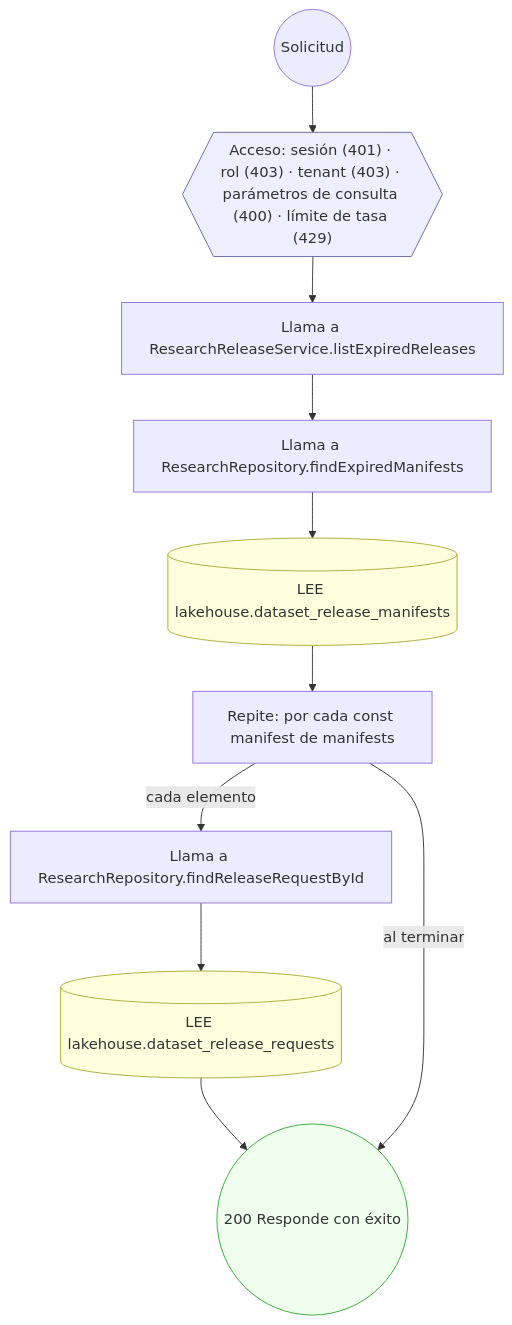
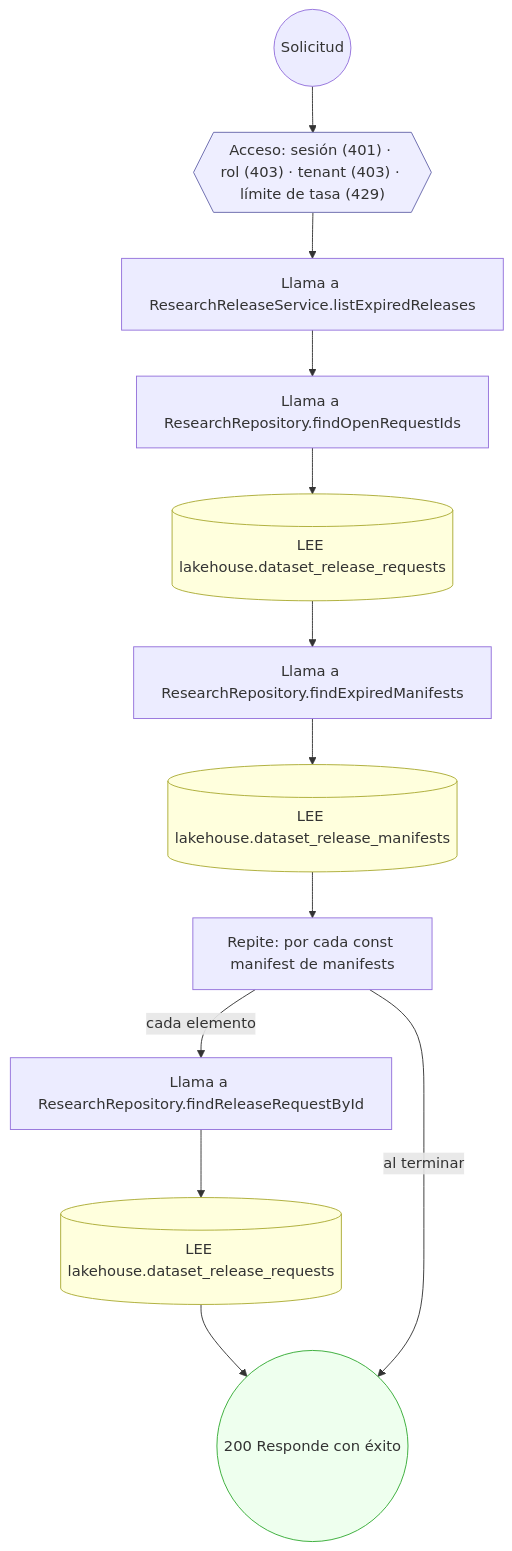
Before and after one commit to mdavila-2001/mantra-core-health-api: diagram 12 of 13 in docs/inventario/flujos/lakehouse.md, drawn with Mermaid. The commit also changed other lines of this file and 438 other files, not shown here.

````diff
--- a/docs/inventario/flujos/lakehouse.md
+++ b/docs/inventario/flujos/lakehouse.md
@@ -1363,27 +1332,31 @@
 ```mermaid
 flowchart TD
   n1(("Solicitud")):::inicio
-  n2{{"Acceso: sesión (401) · rol (403) · tenant (403) · parámetros de consulta (400) · límite de tasa (429)"}}:::acceso
+  n2{{"Acceso: sesión (401) · rol (403) · tenant (403) · límite de tasa (429)"}}:::acceso
   n1 --> n2
   n3["Llama a ResearchReleaseService.listExpiredReleases"]:::llamada
   n2 --> n3
-  n4["Llama a ResearchRepository.findExpiredManifests"]:::llamada
+  n4["Llama a ResearchRepository.findOpenRequestIds"]:::llamada
   n3 --> n4
-  n5[("LEE lakehouse.dataset_release_manifests")]:::efecto
+  n5[("LEE lakehouse.dataset_release_requests")]:::efecto
   n4 --> n5
-  n6["Repite: por cada const manifest de manifests"]:::bucle
+  n6["Llama a ResearchRepository.findExpiredManifests"]:::llamada
   n5 --> n6
-  n7["Llama a ResearchRepository.findReleaseRequestById"]:::llamada
-  n6 -->|"cada elemento"| n7
-  n8[("LEE lakehouse.dataset_release_requests")]:::efecto
+  n7[("LEE lakehouse.dataset_release_manifests")]:::efecto
+  n6 --> n7
+  n8["Repite: por cada const manifest de manifests"]:::bucle
   n7 --> n8
-  n9(("200 Responde con éxito")):::ok
-  n8 --> n9
-  n6 -->|"al terminar"| n9
+  n9["Llama a ResearchRepository.findReleaseRequestById"]:::llamada
+  n8 -->|"cada elemento"| n9
+  n10[("LEE lakehouse.dataset_release_requests")]:::efecto
+  n9 --> n10
+  n11(("200 Responde con éxito")):::ok
+  n10 --> n11
+  n8 -->|"al terminar"| n11
   classDef acceso fill:#eef,stroke:#66a
   classDef error fill:#fee,stroke:#c33
   classDef ok fill:#efe,stroke:#3a3
   classDef efecto fill:#ffd,stroke:#aa3
   classDef decision fill:#fff,stroke:#555
   classDef corte fill:#eee,stroke:#999,stroke-dasharray: 4
 ```
````
